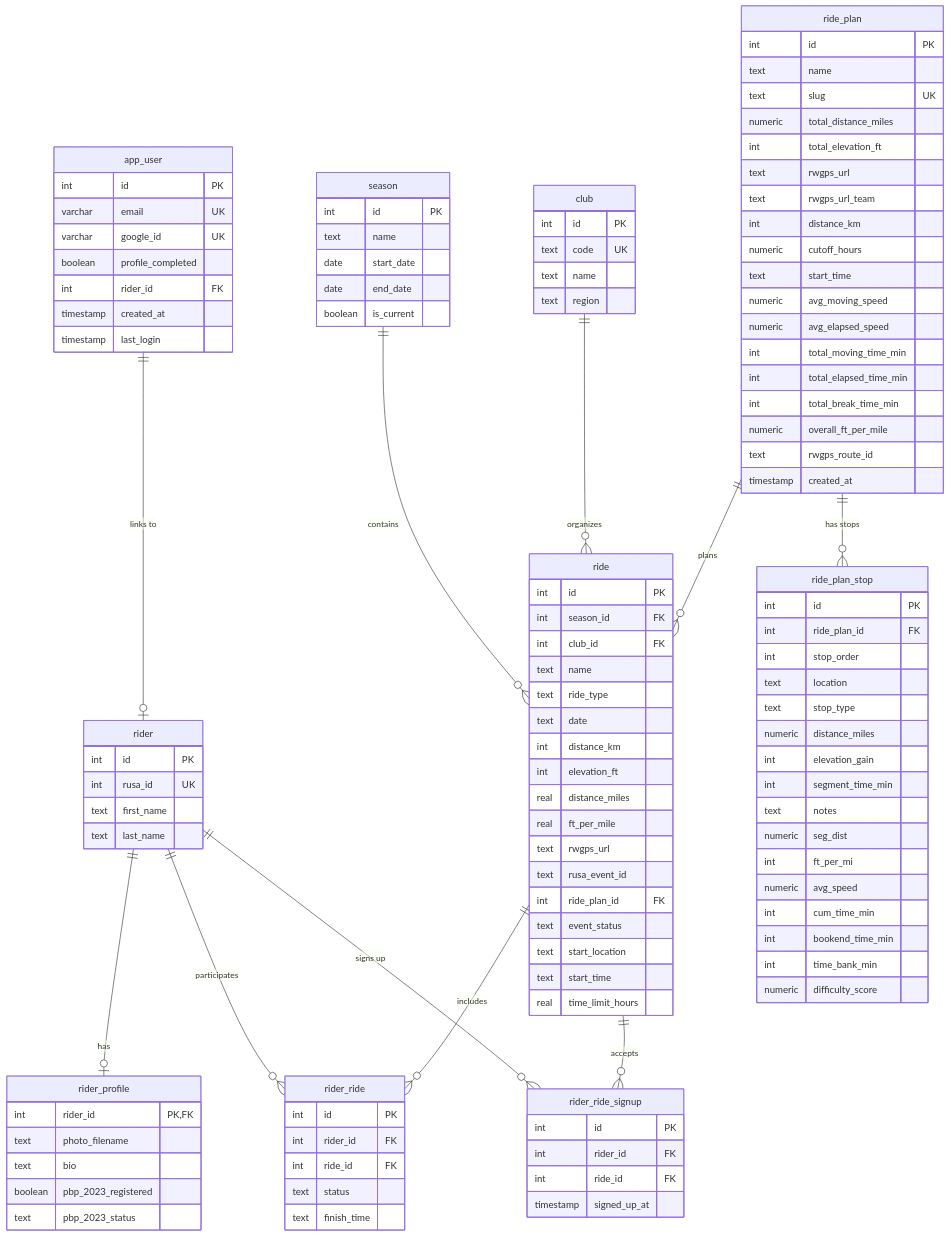
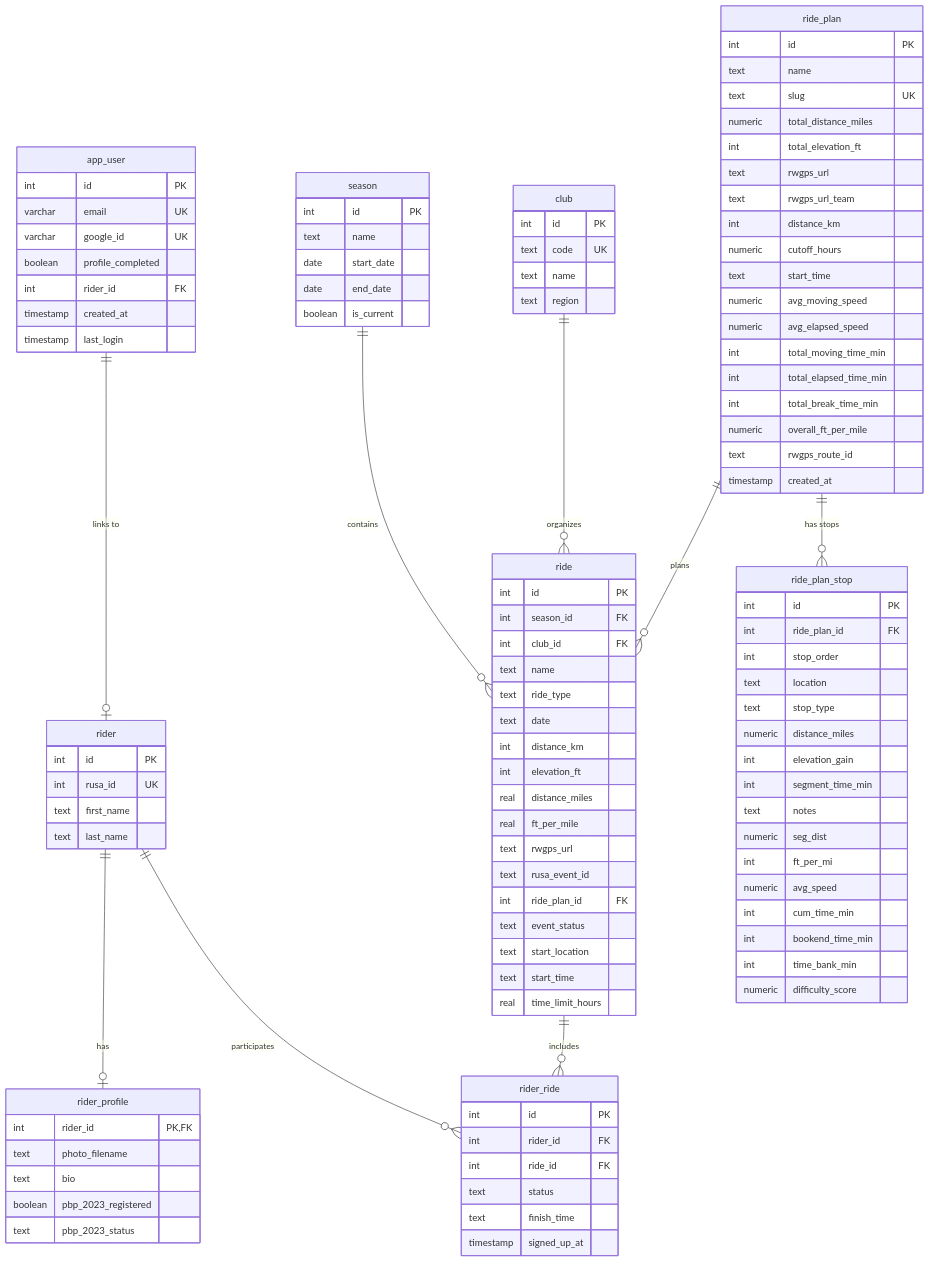
Before and after one commit to msambhus/team-asha-randonneuring: the diagram in schema/DATABASE_SCHEMA.md, drawn with Mermaid. The commit also changed other lines of this file and 9 other files, not shown here.

````diff
--- a/schema/DATABASE_SCHEMA.md
+++ b/schema/DATABASE_SCHEMA.md
@@ -7,7 +7,6 @@
     app_user ||--o| rider : "links to"
     rider ||--o| rider_profile : "has"
     rider ||--o{ rider_ride : "participates"
-    rider ||--o{ rider_ride_signup : "signs up"
     
     season ||--o{ ride : "contains"
     club ||--o{ ride : "organizes"
@@ -15,7 +14,6 @@
     ride_plan ||--o{ ride_plan_stop : "has stops"
     
     ride ||--o{ rider_ride : "includes"
-    ride ||--o{ rider_ride_signup : "accepts"
     
     app_user {
         int id PK
@@ -123,12 +121,6 @@
         int ride_id FK
         text status
         text finish_time
-    }
-    
-    rider_ride_signup {
-        int id PK
-        int rider_id FK
-        int ride_id FK
         timestamp signed_up_at
     }
 ```
````
